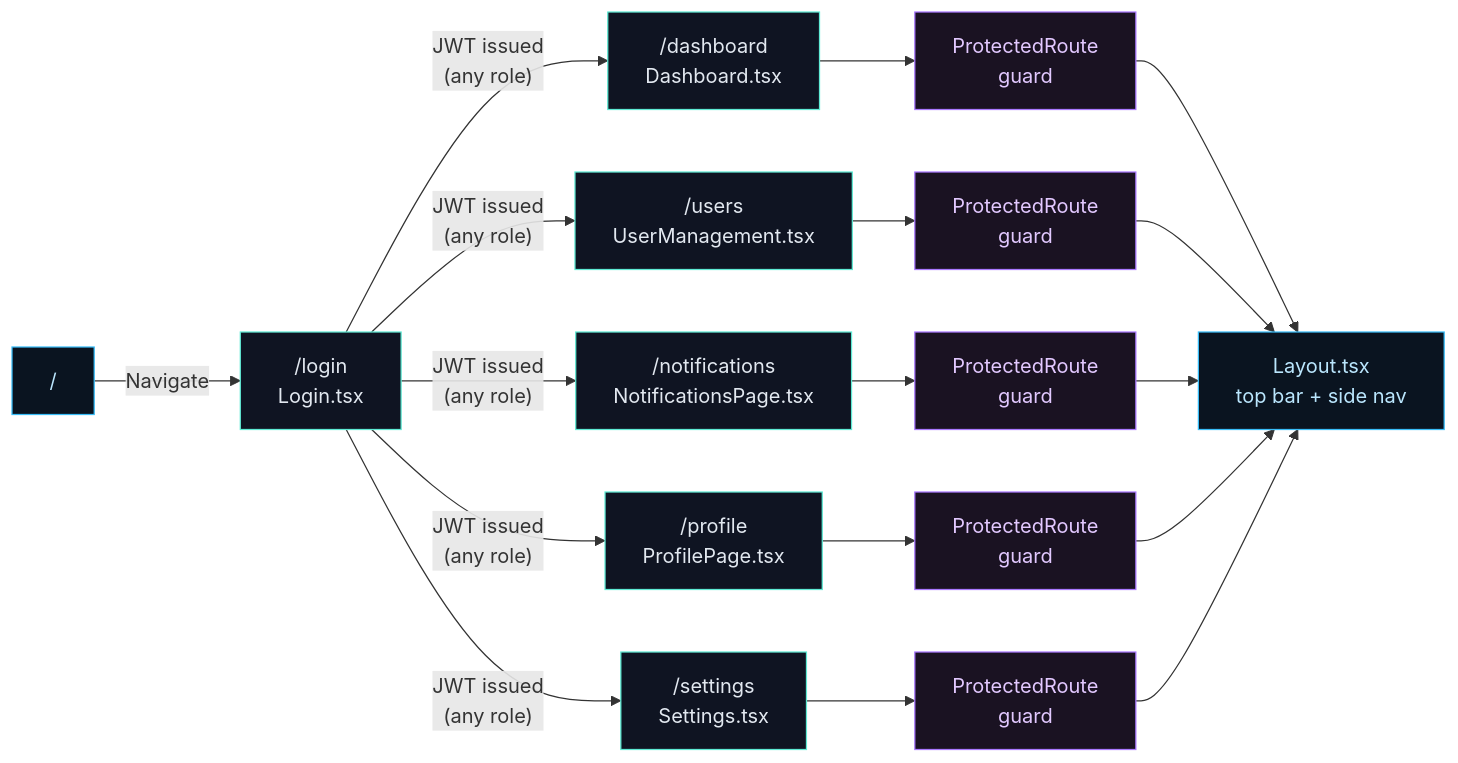
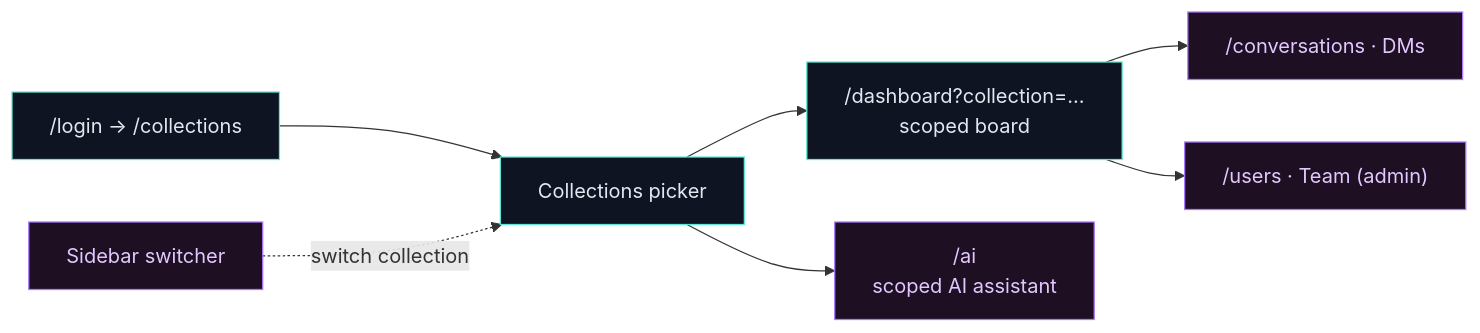
The second of 3 diagrams in README.md (Asciente-rks/service-ticket-system-frontend), drawn with Mermaid before and after one commit. The commit also changed other lines of this file, not shown here.

````diff
--- a/README.md
+++ b/README.md
@@ -90,25 +84,14 @@
 ```mermaid
 flowchart LR
-    Root["/"] -->|Navigate| Login["/login\nLogin.tsx"]
+    login["/login → /collections"] --> pick["Collections picker"]
+    pick --> dash["/dashboard?collection=…<br/>scoped board"]
+    pick --> ai["/ai<br/>scoped AI assistant"]
+    sidebar["Sidebar switcher"] -.switch collection.-> pick
+    dash --> conv["/conversations · DMs"]
+    dash --> team["/users · Team (admin)"]
 
-    Login -->|"JWT issued\n(any role)"| Dashboard["/dashboard\nDashboard.tsx"]
-    Login -->|"JWT issued\n(any role)"| Users["/users\nUserManagement.tsx"]
-    Login -->|"JWT issued\n(any role)"| Notifs["/notifications\nNotificationsPage.tsx"]
-    Login -->|"JWT issued\n(any role)"| Profile["/profile\nProfilePage.tsx"]
-    Login -->|"JWT issued\n(any role)"| Settings["/settings\nSettings.tsx"]
-
-    Dashboard --> PR1["ProtectedRoute\nguard"]
-    Users --> PR2["ProtectedRoute\nguard"]
-    Notifs --> PR3["ProtectedRoute\nguard"]
-    Profile --> PR4["ProtectedRoute\nguard"]
-    Settings --> PR5["ProtectedRoute\nguard"]
-
-    PR1 & PR2 & PR3 & PR4 & PR5 --> Layout["Layout.tsx\ntop bar + side nav"]
-
-    classDef page fill:#0f1422,stroke:#5eead4,color:#e2e8f0
-    classDef guard fill:#1a1222,stroke:#a978ff,color:#e2c8ff
-    classDef shell fill:#0a1420,stroke:#38bdf8,color:#bae6fd
-    class Login,Dashboard,Users,Notifs,Profile,Settings page
-    class PR1,PR2,PR3,PR4,PR5 guard
-    class Layout,Root shell
+    classDef tier fill:#0f1422,stroke:#5eead4,color:#e2e8f0
+    classDef flow fill:#1f0f22,stroke:#a978ff,color:#e2c8ff
+    class login,pick,dash tier
+    class ai,sidebar,conv,team flow
 ```
````
